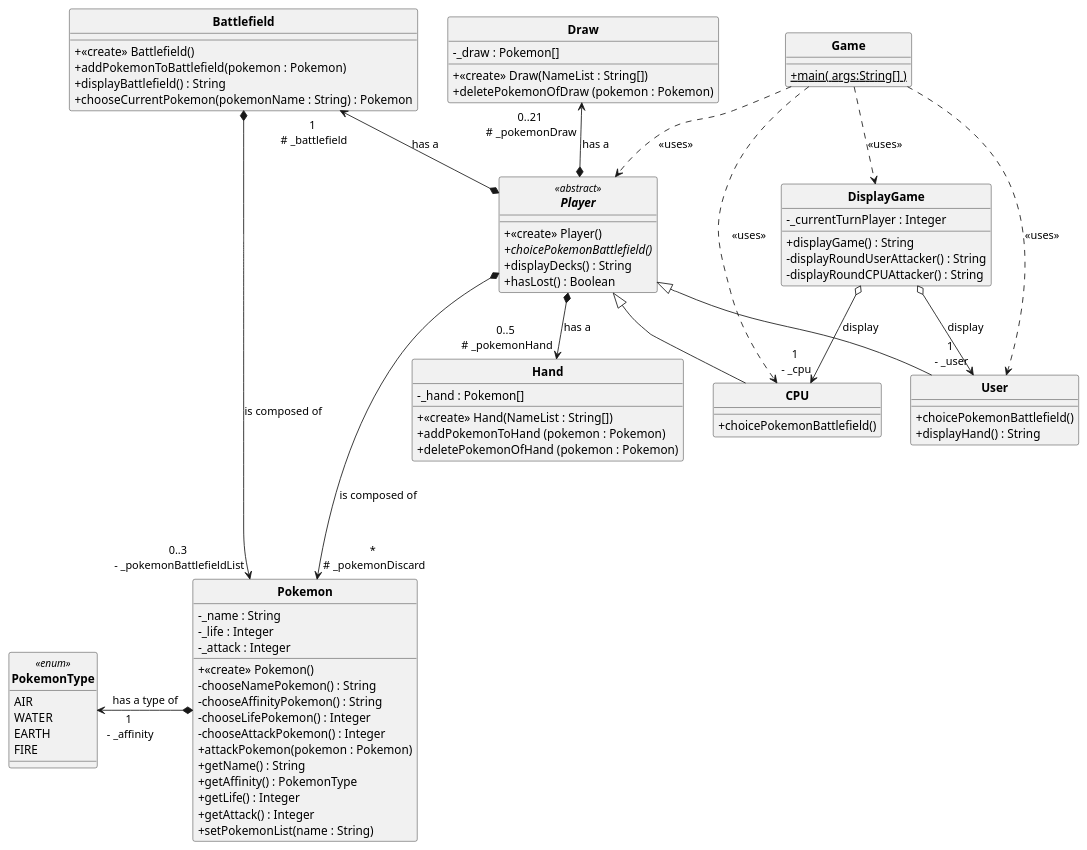
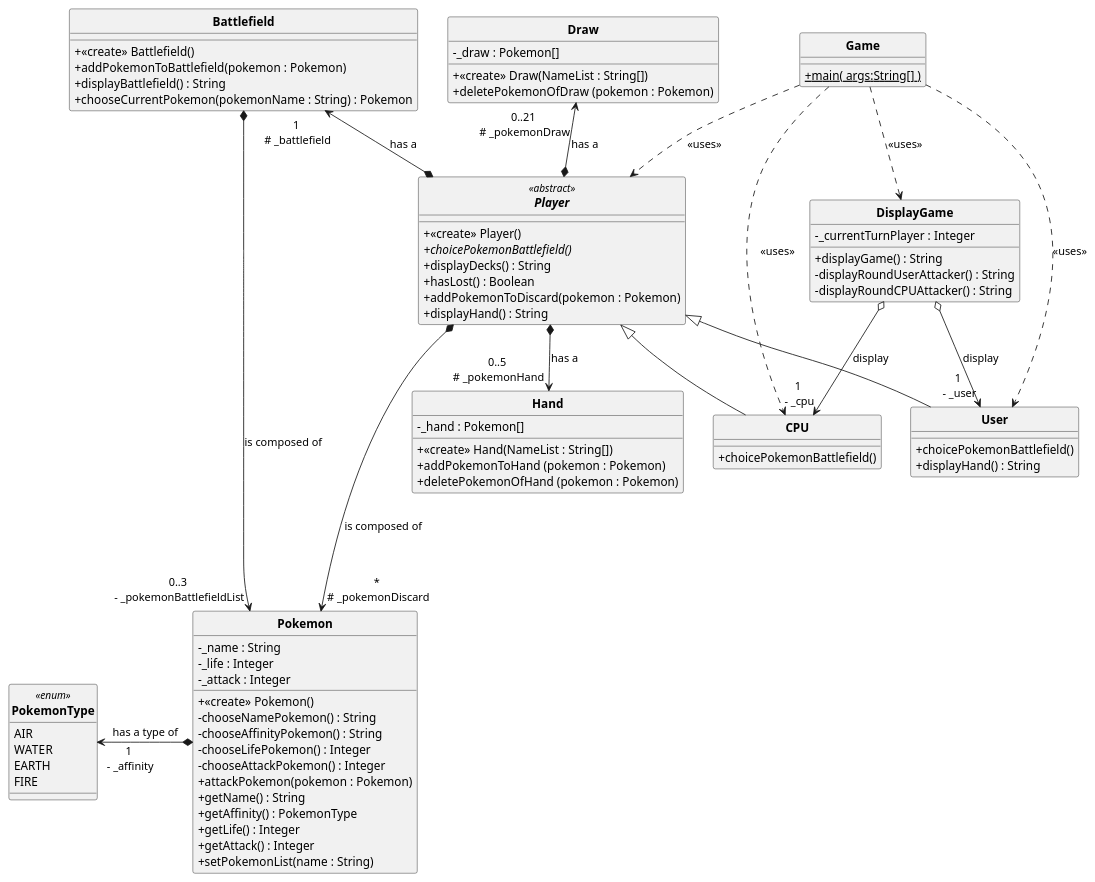
The diagram in uml/semaine1.puml (vfletschinger/Pokemon_Project), drawn with PlantUML before and after one commit. The commit also changed 1 other file, not shown here.

Commit message:
Ajout de la classe Player + modif uml

```diff
--- a/uml/semaine1.puml
+++ b/uml/semaine1.puml
@@ -1,99 +1,101 @@
  @startuml
 'https://plantuml.com/sequence-diagram
 
 
 'configuration du style
 skinparam style strictuml
 skinparam classAttributeIconSize 0
 skinparam classFontStyle Bold
 
 
 class Game {
 	+ {static} main( args:String[] )
 }
 
 class Pokemon {
     - _name : String
     - _life : Integer
     - _attack : Integer
     + <<create>> Pokemon()
     - chooseNamePokemon() : String
     - chooseAffinityPokemon() : String
     - chooseLifePokemon() : Integer
     - chooseAttackPokemon() : Integer
     + attackPokemon(pokemon : Pokemon)
     + getName() : String
     + getAffinity() : PokemonType
     + getLife() : Integer
     + getAttack() : Integer
     + setPokemonList(name : String)
 }
 
 enum PokemonType <<enum>>{
     AIR
     WATER
     EARTH
     FIRE
 }
 'On pourrait contenir cette énumération comme des "sous classes" de Pokemon'
 
 
 abstract class Player <<abstract>> {
     + <<create>> Player()
     + {abstract} choicePokemonBattlefield()
     + displayDecks() : String
     + hasLost() : Boolean
+    + addPokemonToDiscard(pokemon : Pokemon)
+    + displayHand() : String
 }
 
 class User extends Player {
     + choicePokemonBattlefield()
     + displayHand() : String
 }
 
 class CPU extends Player {
     + choicePokemonBattlefield()
 }
 
 class Battlefield {
     + <<create>> Battlefield()
     + addPokemonToBattlefield(pokemon : Pokemon)
     + displayBattlefield() : String
     + chooseCurrentPokemon(pokemonName : String) : Pokemon
 }
 
 class DisplayGame {
     - _currentTurnPlayer : Integer
     + displayGame() : String
     - displayRoundUserAttacker() : String
     - displayRoundCPUAttacker() : String
 }
 
 class Draw{
     - _draw : Pokemon[]
     +<<create>> Draw(NameList : String[])
     + deletePokemonOfDraw (pokemon : Pokemon)
 }
 
 class Hand{
     - _hand : Pokemon[]
     +<<create>> Hand(NameList : String[])
     + addPokemonToHand (pokemon : Pokemon)
     + deletePokemonOfHand (pokemon : Pokemon)
 }
 
 Player *-u-> "1\n # _battlefield" Battlefield : "has a"
 Player *-u-> "0..21\n # _pokemonDraw" Draw : "has a"
 Player *-d---> "*\n # _pokemonDiscard" Pokemon : "is composed of"
 Player *--> "0..5\n # _pokemonHand" Hand : "has a"
 Battlefield *--> "0..3\n - _pokemonBattlefieldList" Pokemon : "is composed of"
 DisplayGame o--> "1\n - _user" User : "display"
 DisplayGame o--> "1\n - _cpu" CPU : "display"
 Pokemon *-l-> "1\n - _affinity" PokemonType : "has a type of"
 
 Game .d.> Player : <<uses>>
 Game .d.> DisplayGame : <<uses>>
 Game .d.> CPU : <<uses>>
 Game .d.> User : <<uses>>
 
 
 @enduml
```
